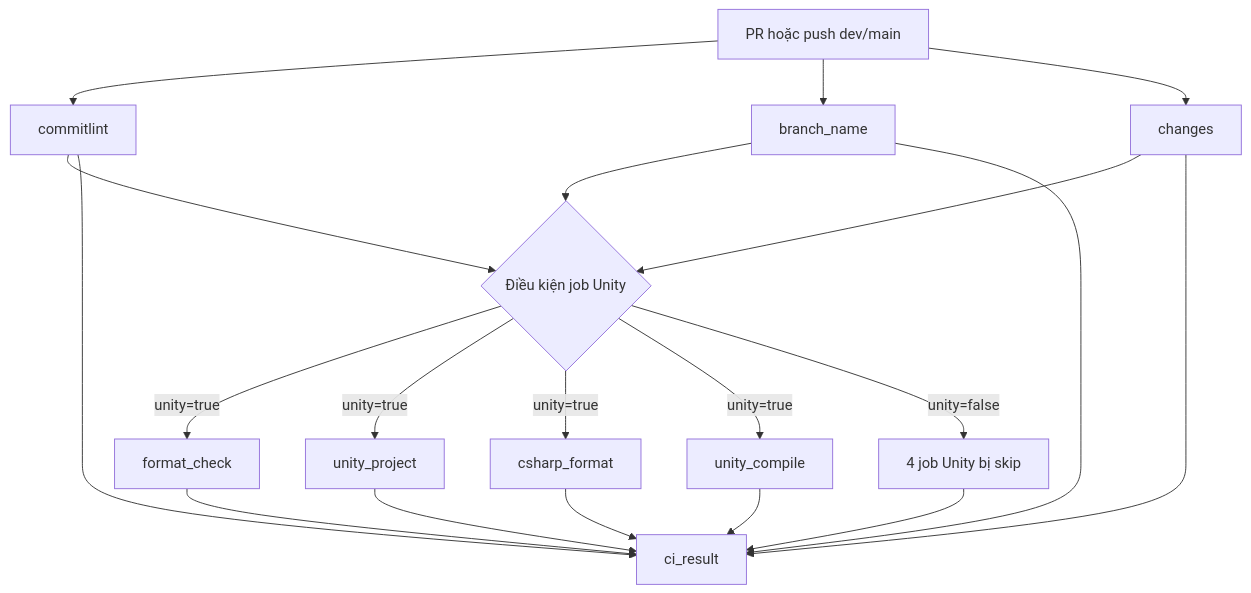
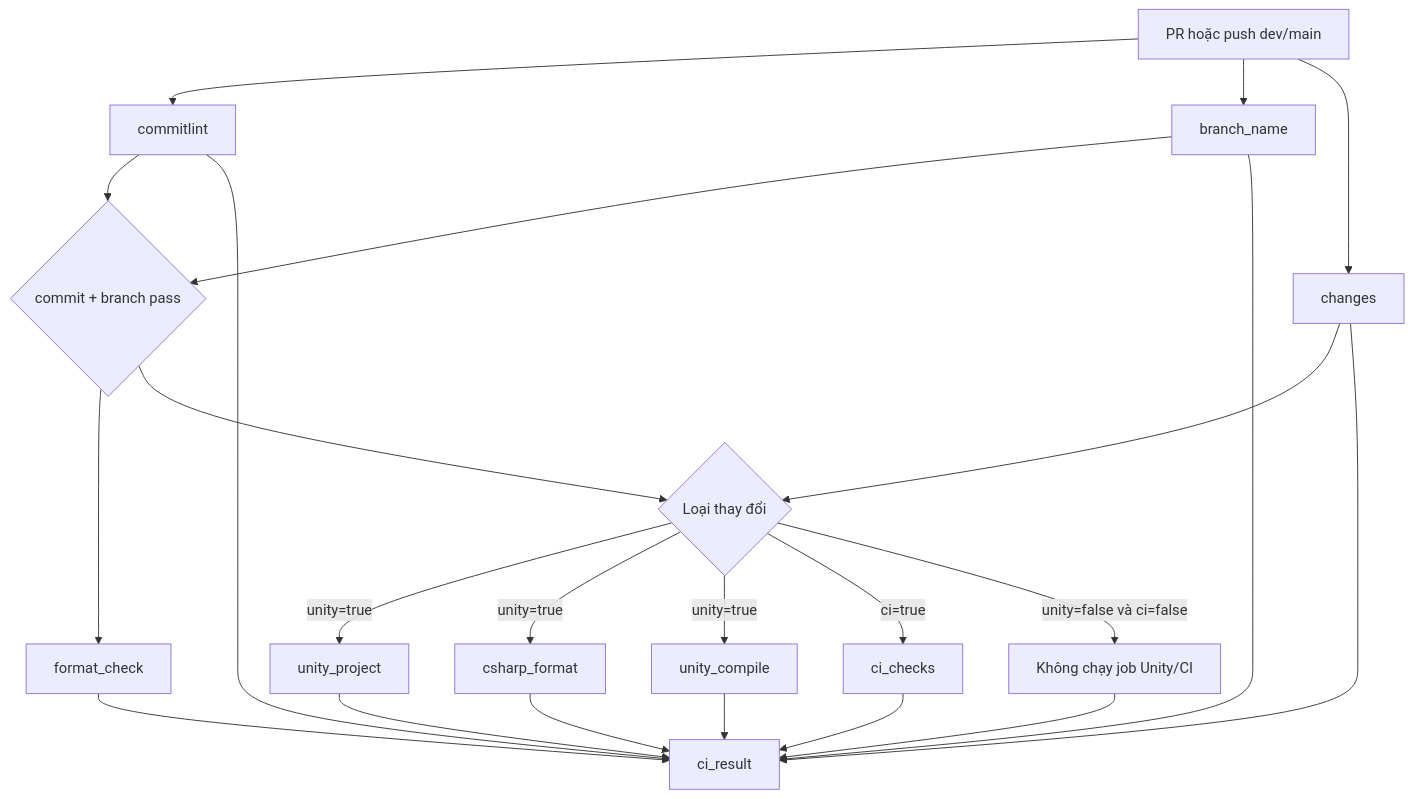
Before and after one commit to BetterCallKhang/Recreate_The_World: the diagram in .github/ci.md, drawn with Mermaid. The commit also changed other lines of this file and 5 other files, not shown here.

````diff
--- a/.github/ci.md
+++ b/.github/ci.md
@@ -179,22 +219,25 @@
 ```mermaid
 flowchart TD
     P[PR hoặc push dev/main] --> commitlint
     P --> branch_name
     P --> changes
-    commitlint --> gate{Điều kiện job Unity}
-    branch_name --> gate
-    changes --> gate
-    gate -->|unity=true| format_check
+    commitlint --> cd{commit + branch pass}
+    branch_name --> cd
+    cd --> format_check
+    changes --> gate{Loại thay đổi}
+    cd --> gate
     gate -->|unity=true| unity_project
     gate -->|unity=true| csharp_format
     gate -->|unity=true| unity_compile
-    gate -->|unity=false| skip[4 job Unity bị skip]
+    gate -->|ci=true| ci_checks
+    gate -->|unity=false và ci=false| skip[Không chạy job Unity/CI]
     format_check --> ci_result
     unity_project --> ci_result
     csharp_format --> ci_result
     unity_compile --> ci_result
+    ci_checks --> ci_result
     skip --> ci_result
     commitlint --> ci_result
     branch_name --> ci_result
     changes --> ci_result
 ```
````
